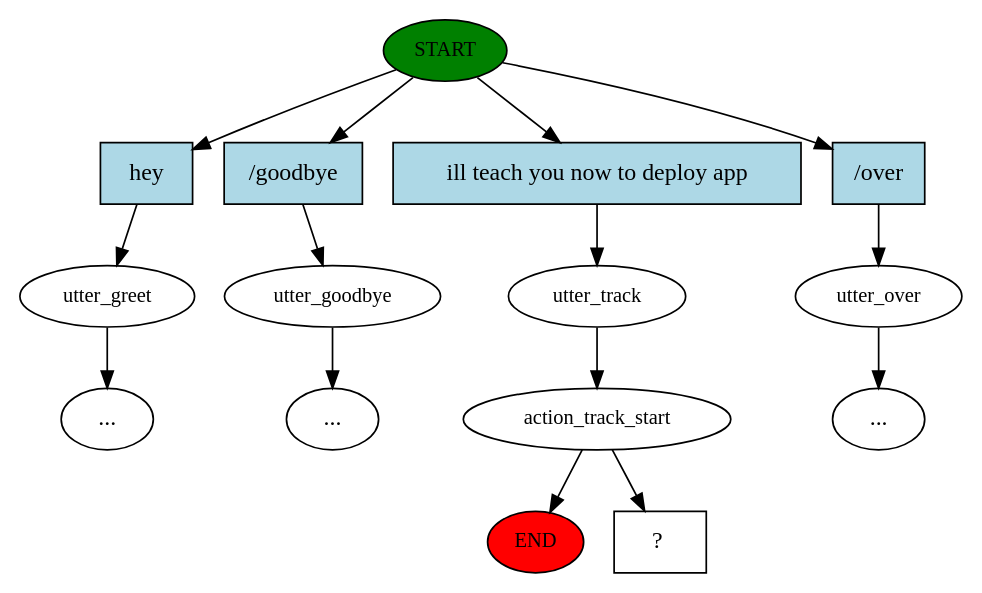
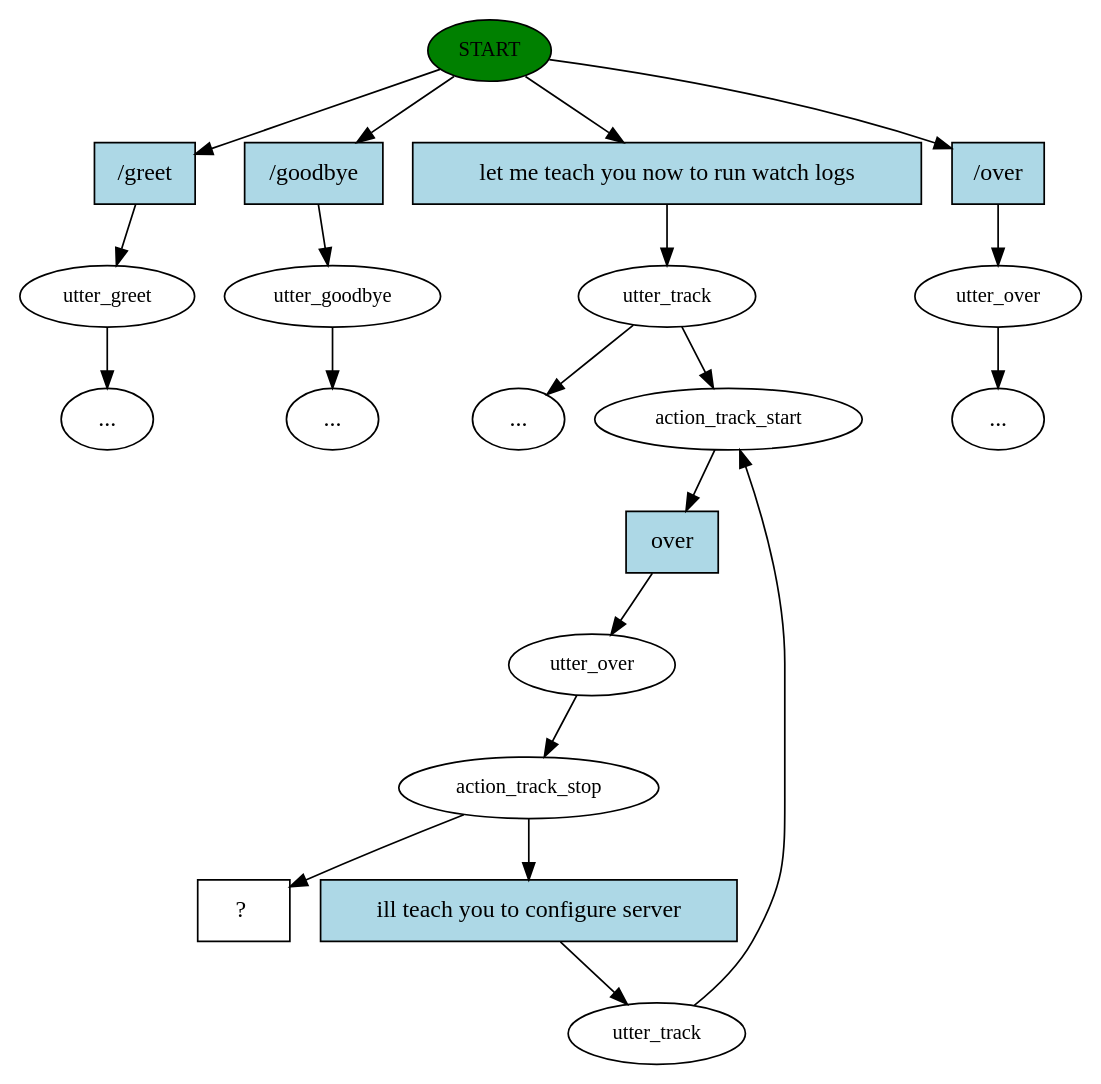
The diagram in story_graph.dot (Anirudh58/effithon_chatbot), drawn with Graphviz before and after one commit. The commit also changed 6 other files, not shown here.

```diff
--- a/story_graph.dot
+++ b/story_graph.dot
@@ -1,31 +1,42 @@
 digraph  {
 0 [class="start active", fillcolor=green, fontsize=12, label=START, style=filled];
-"-1" [class=end, fillcolor=red, fontsize=12, label=END, style=filled];
 1 [class="", fontsize=12, label=utter_greet];
 4 [class="", fontsize=12, label=utter_goodbye];
 "-6" [class=ellipsis, label="..."];
 5 [class=active, fontsize=12, label=utter_track];
-6 [class=active, fontsize=12, label=action_track_start];
-7 [class="", fontsize=12, label=utter_over];
 "-7" [class=ellipsis, label="..."];
-"-10" [class=ellipsis, label="..."];
-13 [class="intent dashed active", label="  ?  ", shape=rect];
-14 [class=intent, fillcolor=lightblue, label=hey, shape=rect, style=filled];
-15 [class=intent, fillcolor=lightblue, label="/goodbye", shape=rect, style=filled];
-16 [class="intent active", fillcolor=lightblue, label="ill\ teach\ you\ now\ to\ deploy\ app", shape=rect, style=filled];
-17 [class=intent, fillcolor=lightblue, label="/over", shape=rect, style=filled];
-0 -> 14  [class="", key=0];
-0 -> 15  [class="", key=0];
-0 -> 16  [class=active, key=0];
+6 [class="", fontsize=12, label=utter_over];
+"-8" [class=ellipsis, label="..."];
+"-9" [class=ellipsis, label="..."];
+9 [class=active, fontsize=12, label=action_track_start];
+10 [class=active, fontsize=12, label=utter_over];
+11 [class=active, fontsize=12, label=action_track_stop];
+12 [class=active, fontsize=12, label=utter_track];
+16 [class="intent dashed active", label="  ?  ", shape=rect];
+17 [class=intent, fillcolor=lightblue, label="/greet", shape=rect, style=filled];
+18 [class=intent, fillcolor=lightblue, label="/goodbye", shape=rect, style=filled];
+19 [class="intent active", fillcolor=lightblue, label="let\ me\ teach\ you\ now\ to\ run\ watch\ logs", shape=rect, style=filled];
+20 [class=intent, fillcolor=lightblue, label="/over", shape=rect, style=filled];
+21 [class="intent active", fillcolor=lightblue, label=over, shape=rect, style=filled];
+22 [class="intent active", fillcolor=lightblue, label="ill\ teach\ you\ to\ configure\ server", shape=rect, style=filled];
 0 -> 17  [class="", key=0];
-1 -> "-10"  [class="", key=NONE, label=""];
+0 -> 18  [class="", key=0];
+0 -> 19  [class=active, key=0];
+0 -> 20  [class="", key=0];
+1 -> "-9"  [class="", key=NONE, label=""];
 4 -> "-6"  [class="", key=NONE, label=""];
-5 -> 6  [class=active, key=NONE, label=""];
-6 -> "-1"  [class="", key=NONE, label=""];
-6 -> 13  [class=active, key=NONE, label=""];
-7 -> "-7"  [class="", key=NONE, label=""];
-14 -> 1  [class="", key=0];
-15 -> 4  [class="", key=0];
-16 -> 5  [class=active, key=0];
-17 -> 7  [class="", key=0];
+5 -> "-7"  [class="", key=NONE, label=""];
+5 -> 9  [class=active, key=NONE, label=""];
+6 -> "-8"  [class="", key=NONE, label=""];
+9 -> 21  [class=active, key=0];
+10 -> 11  [class=active, key=NONE, label=""];
+11 -> 16  [class=active, key=NONE, label=""];
+11 -> 22  [class=active, key=0];
+12 -> 9  [class=active, key=NONE, label=""];
+17 -> 1  [class="", key=0];
+18 -> 4  [class="", key=0];
+19 -> 5  [class=active, key=0];
+20 -> 6  [class="", key=0];
+21 -> 10  [class=active, key=0];
+22 -> 12  [class=active, key=0];
 }
```
